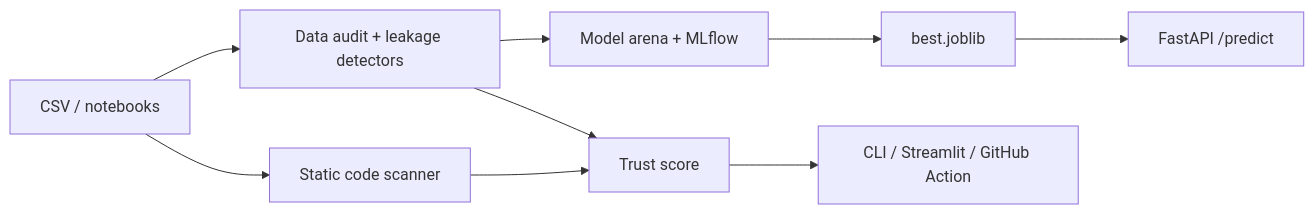
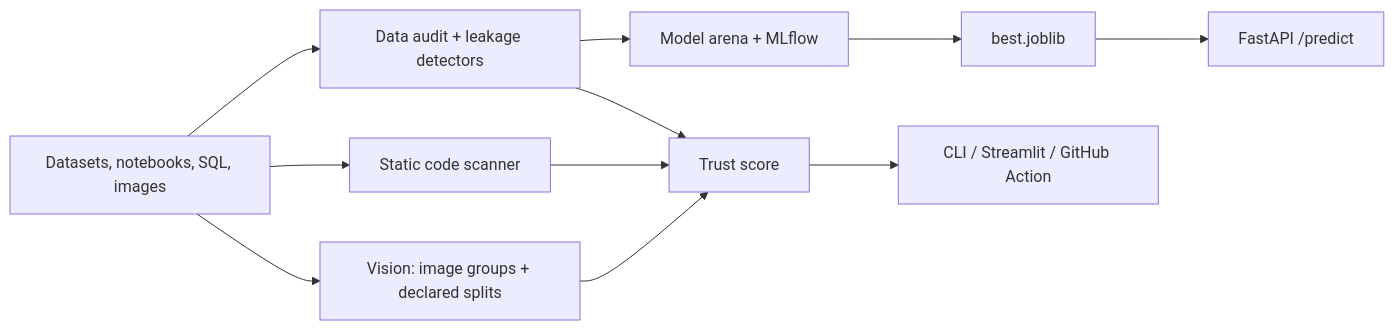
One commit to eyadstein/leaklens changed the diagram in README.md. Above: the diagram before and after it, drawn with Mermaid. The commit also changed other lines of this file, not shown here.

First line of the commit message:
docs(readme): document declared-split audits and the M2/M3 identity split

````diff
--- a/README.md
+++ b/README.md
@@ -699,11 +720,13 @@
 ```mermaid
 flowchart LR
-  A[CSV / notebooks] --> B[Data audit + leakage detectors]
+  A[Datasets, notebooks, SQL, images] --> B[Data audit + leakage detectors]
   A --> C[Static code scanner]
+  A --> V[Vision: image groups + declared splits]
   B --> D[Trust score]
   C --> D
+  V --> D
   B --> E[Model arena + MLflow]
   E --> F[best.joblib]
   F --> G[FastAPI /predict]
   D --> H[CLI / Streamlit / GitHub Action]
 ```
````
